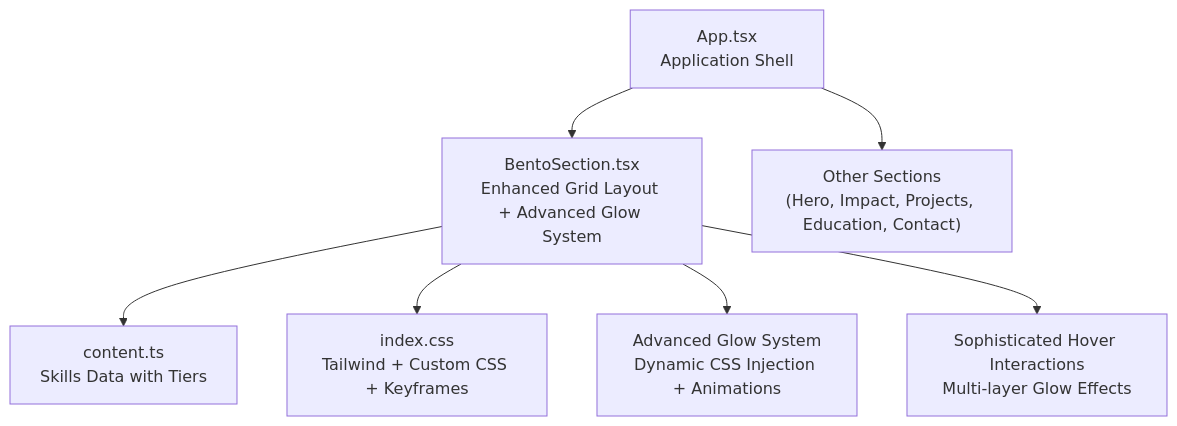
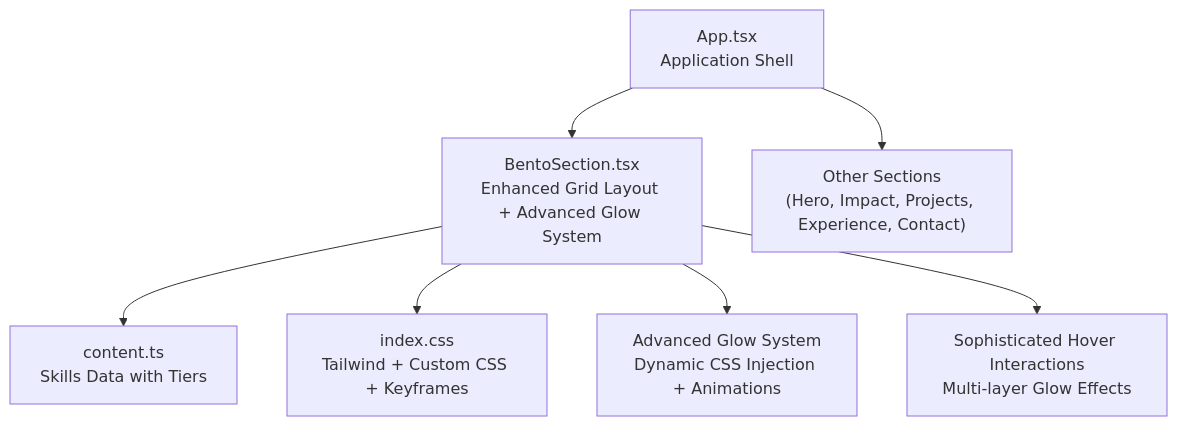
The first of 4 diagrams in .qoder/repowiki/en/content/Component Library & UI Elements/BentoSection Component.md (subash7781/Portfolio), drawn with Mermaid before and after one commit. The commit also changed other lines of this file and 5 other files, not shown here.

````diff
--- a/.qoder/repowiki/en/content/Component Library & UI Elements/BentoSection Component.md
+++ b/.qoder/repowiki/en/content/Component Library & UI Elements/BentoSection Component.md
@@ -39,9 +41,9 @@
 ```mermaid
 graph TB
 App["App.tsx<br/>Application Shell"] --> Bento["BentoSection.tsx<br/>Enhanced Grid Layout + Advanced Glow System"]
 Bento --> Content["content.ts<br/>Skills Data with Tiers"]
 Bento --> Styles["index.css<br/>Tailwind + Custom CSS + Keyframes"]
 Bento --> GlowSystem["Advanced Glow System<br/>Dynamic CSS Injection + Animations"]
 Bento --> HoverEffects["Sophisticated Hover Interactions<br/>Multi-layer Glow Effects"]
-App --> OtherSections["Other Sections<br/>(Hero, Impact, Projects, Education, Contact)"]
+App --> OtherSections["Other Sections<br/>(Hero, Impact, Projects, Experience, Contact)"]
 ```
````
